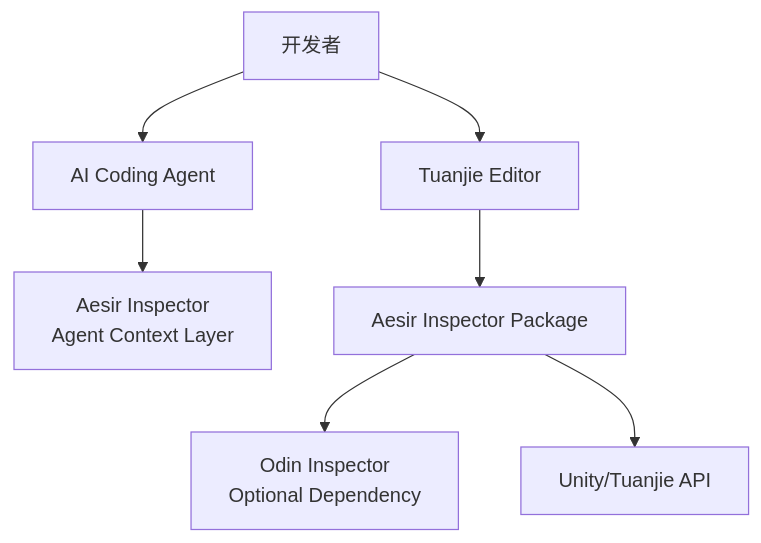
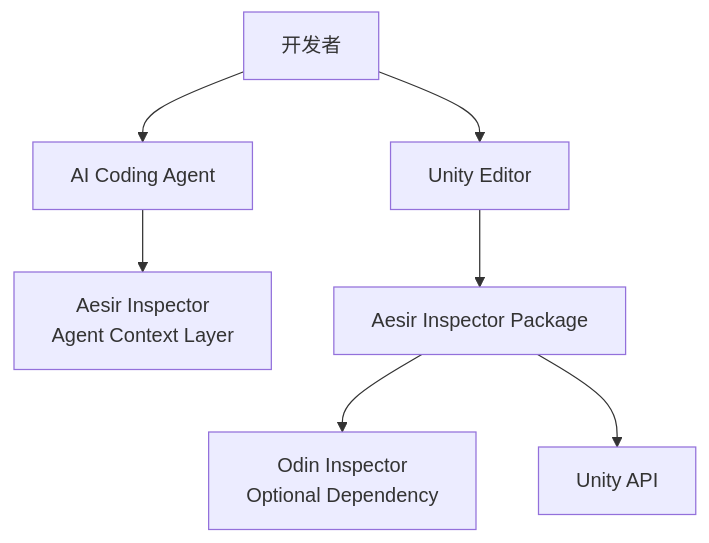
The first of 3 diagrams in Assets/Runestone/AesirInspector/Documentation~/development.md (yuumixcode/aesir-inspector), drawn with Mermaid before and after one commit. The commit also changed other lines of this file and 1270 other files, not shown here.

````diff
--- a/Assets/Runestone/AesirInspector/Documentation~/development.md
+++ b/Assets/Runestone/AesirInspector/Documentation~/development.md
@@ -11,9 +11,9 @@
 ```mermaid
 graph TB
     Dev[开发者] --> AICode[AI Coding Agent]
     AICode --> AI[Aesir Inspector<br/>Agent Context Layer]
-    Dev --> Editor[Tuanjie Editor]
+    Dev --> Editor[Unity Editor]
     Editor --> PKG[Aesir Inspector Package]
     PKG --> Odin[Odin Inspector<br/>Optional Dependency]
-    PKG --> Unity[Unity/Tuanjie API]
+    PKG --> Unity[Unity API]
 ```
````
